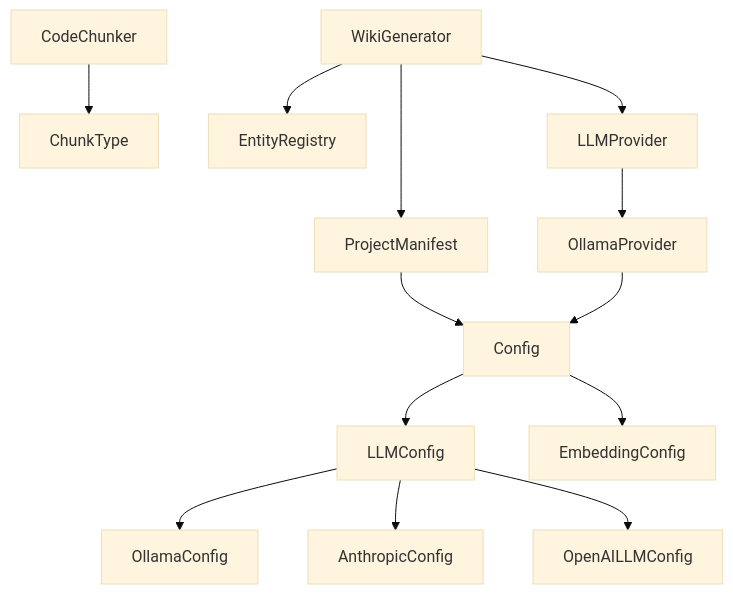
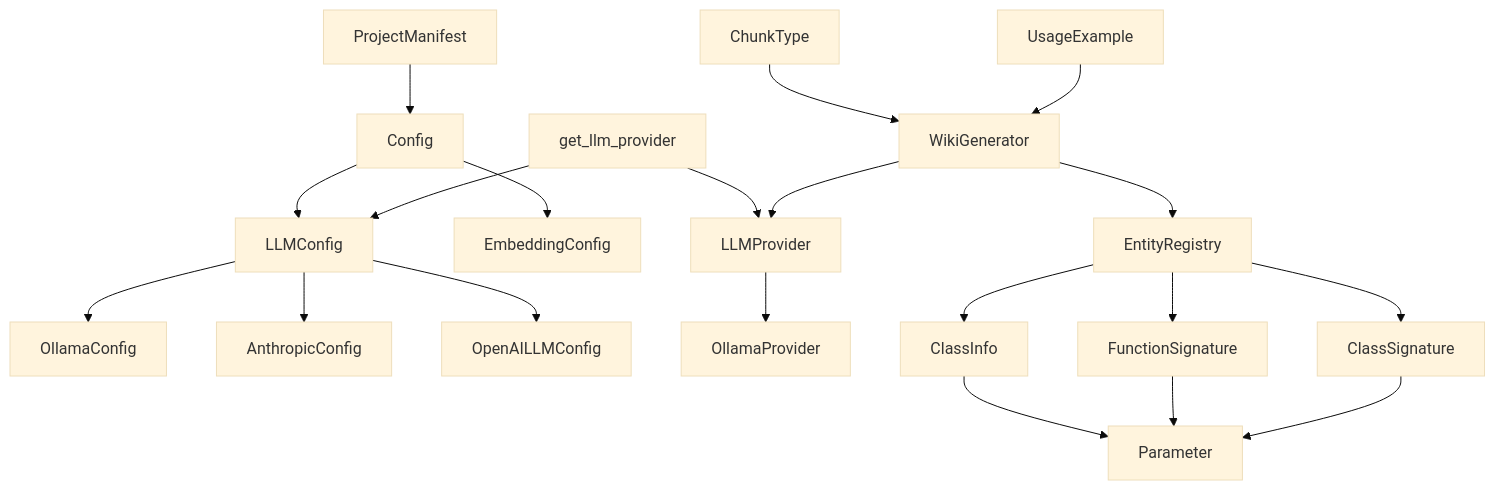
The diagram in .deepwiki/architecture.md (UrbanDiver/local-deepwiki-mcp), drawn with Mermaid (base theme) before and after one commit. The commit also changed other lines of this file and 35 other files, not shown here.

````diff
--- a/.deepwiki/architecture.md
+++ b/.deepwiki/architecture.md
@@ -59,20 +50,30 @@
 ```mermaid
 graph TB
     Config --> LLMConfig
     Config --> EmbeddingConfig
     
     LLMConfig --> OllamaConfig
-    LLMConfig --> AnthropicConfig  
+    LLMConfig --> AnthropicConfig
     LLMConfig --> OpenAILLMConfig
     
     LLMProvider --> OllamaProvider
+    get_llm_provider --> LLMProvider
+    get_llm_provider --> LLMConfig
     
-    CodeChunker --> ChunkType
+    WikiGenerator --> LLMProvider
+    WikiGenerator --> EntityRegistry
     
-    WikiGenerator --> EntityRegistry
-    WikiGenerator --> ProjectManifest
-    WikiGenerator --> LLMProvider
+    EntityRegistry --> ClassInfo
+    EntityRegistry --> FunctionSignature
+    EntityRegistry --> ClassSignature
+    
+    ClassInfo --> Parameter
+    FunctionSignature --> Parameter
+    ClassSignature --> Parameter
     
     ProjectManifest --> Config
-    OllamaProvider --> Config
+    
+    ChunkType --> WikiGenerator
+    
+    UsageExample --> WikiGenerator
 ```
````
